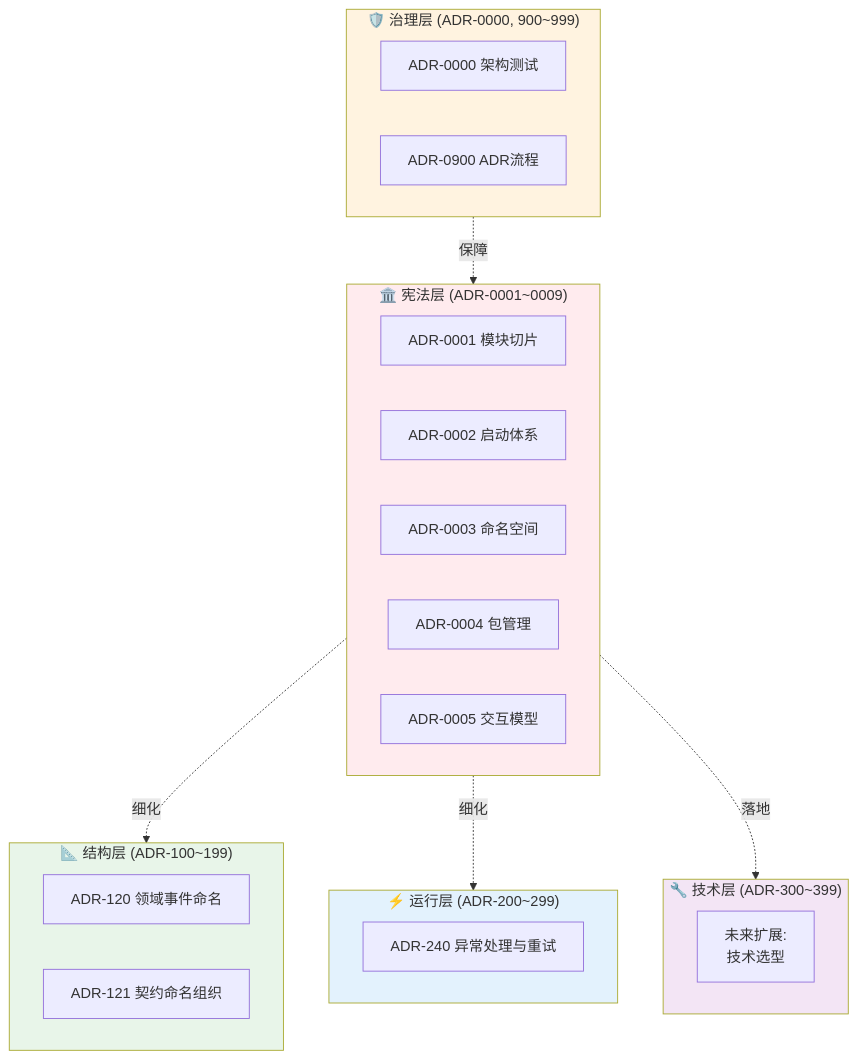
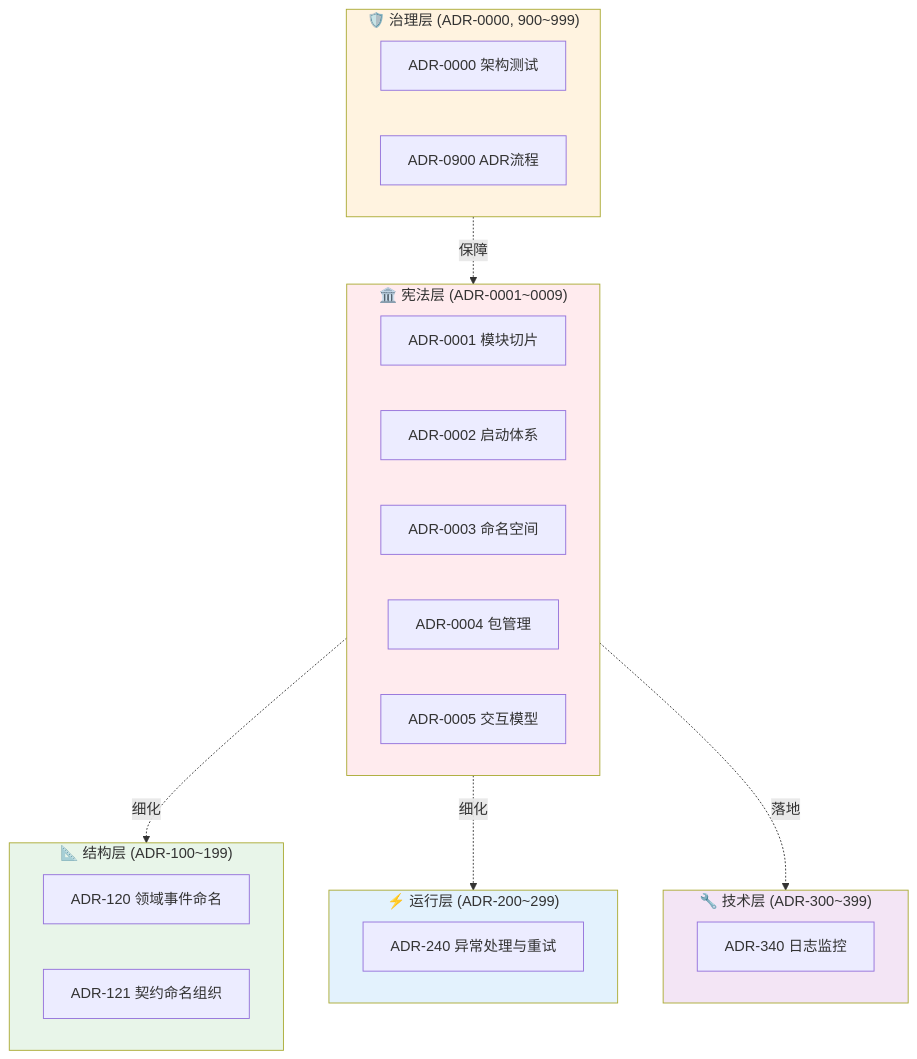
One commit to douhuaa/Zss.BilliardHall changed the diagram in docs/adr/README.md. Above: the diagram before and after it, drawn with Mermaid. The commit also changed other lines of this file and 5 other files, not shown here.

````diff
--- a/docs/adr/README.md
+++ b/docs/adr/README.md
@@ -78,38 +78,38 @@
 ```mermaid
 graph TB
     subgraph Constitutional["🏛️ 宪法层 (ADR-0001~0009)"]
         C1[ADR-0001 模块切片]
         C2[ADR-0002 启动体系]
         C3[ADR-0003 命名空间]
         C4[ADR-0004 包管理]
         C5[ADR-0005 交互模型]
     end
 
     subgraph Governance["🛡️ 治理层 (ADR-0000, 900~999)"]
         G0[ADR-0000 架构测试]
         G900[ADR-0900 ADR流程]
     end
 
     subgraph Structure["📐 结构层 (ADR-100~199)"]
         S120[ADR-120 领域事件命名]
         S121[ADR-121 契约命名组织]
     end
 
     subgraph Runtime["⚡ 运行层 (ADR-200~299)"]
         R240[ADR-240 异常处理与重试]
     end
 
     subgraph Technical["🔧 技术层 (ADR-300~399)"]
-        T[未来扩展:<br/>技术选型]
+        T340[ADR-340 日志监控]
     end
 
     Governance -. 保障 .-> Constitutional
     Constitutional -. 细化 .-> Structure
     Constitutional -. 细化 .-> Runtime
     Constitutional -. 落地 .-> Technical
     style Constitutional fill: #ffebee
     style Governance fill: #fff3e0
     style Structure fill: #e8f5e9
     style Runtime fill: #e3f2fd
     style Technical fill: #f3e5f5
 ```
````
